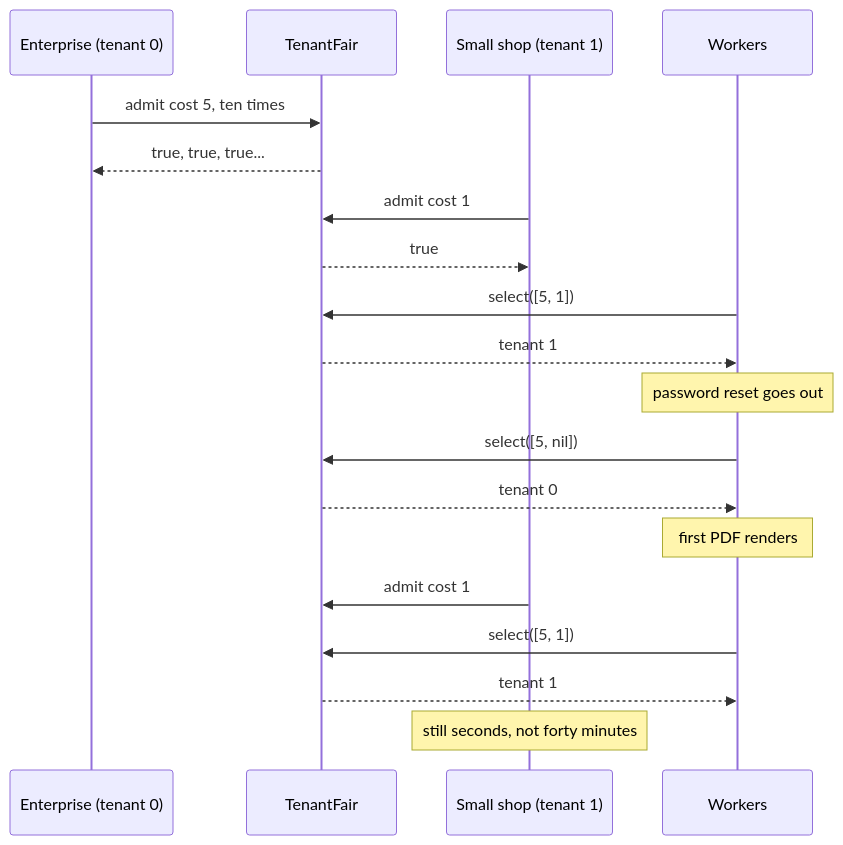
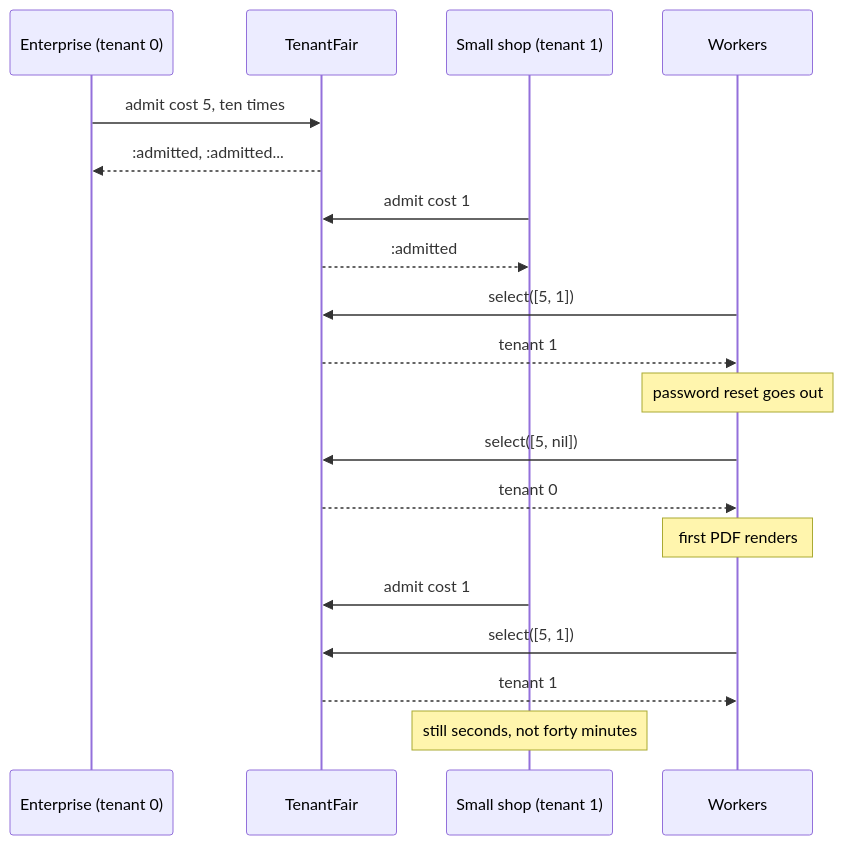
Before and after one commit to seuros/fair_machines: the second of 2 diagrams in README.md, drawn with Mermaid. The commit also changed other lines of this file and 16 other files, not shown here.

````diff
--- a/README.md
+++ b/README.md
@@ -77,25 +77,25 @@
 ```mermaid
 sequenceDiagram
     participant E as Enterprise (tenant 0)
     participant F as TenantFair
     participant S as Small shop (tenant 1)
     participant W as Workers
 
     E->>F: admit cost 5, ten times
-    F-->>E: true, true, true...
+    F-->>E: :admitted, :admitted...
     S->>F: admit cost 1
-    F-->>S: true
+    F-->>S: :admitted
 
     W->>F: select([5, 1])
     F-->>W: tenant 1
     Note over W: password reset goes out
 
     W->>F: select([5, nil])
     F-->>W: tenant 0
     Note over W: first PDF renders
 
     S->>F: admit cost 1
     W->>F: select([5, 1])
     F-->>W: tenant 1
     Note over S: still seconds, not forty minutes
 ```
````
